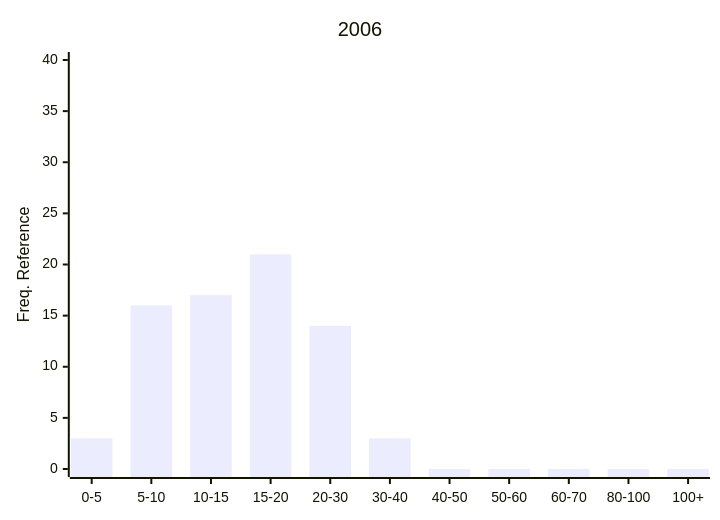
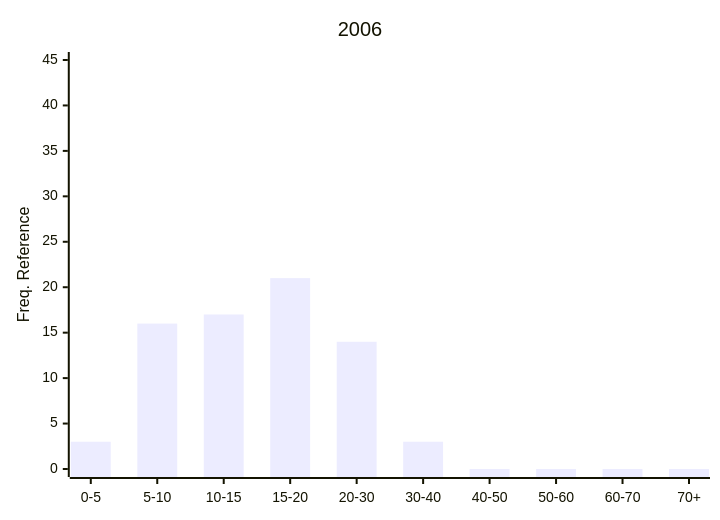
The tenth of 29 diagrams in README.md (Nemus-Project/fair-nime-2026), drawn with Mermaid before and after one commit. The commit also changed other lines of this file, not shown here.

Commit message:
add freq charts

````diff
--- a/README.md
+++ b/README.md
@@ -520,7 +523,7 @@
 ```mermaid
 xychart-beta
     title "2006"
-    x-axis ["0-5", "5-10", "10-15", "15-20", "20-30", "30-40", "40-50", "50-60", "60-70", "80-100", "100+"]
-    y-axis "Freq. Reference" 0 --> 40
-    bar [3, 16, 17, 21, 14, 3, 0, 0, 0, 0, 0]
+    x-axis ["0-5", "5-10", "10-15", "15-20", "20-30", "30-40", "40-50", "50-60", "60-70", "70+"]
+    y-axis "Freq. Reference" 0 --> 45
+    bar [3, 16, 17, 21, 14, 3, 0, 0, 0, 0]
 ```    
````
